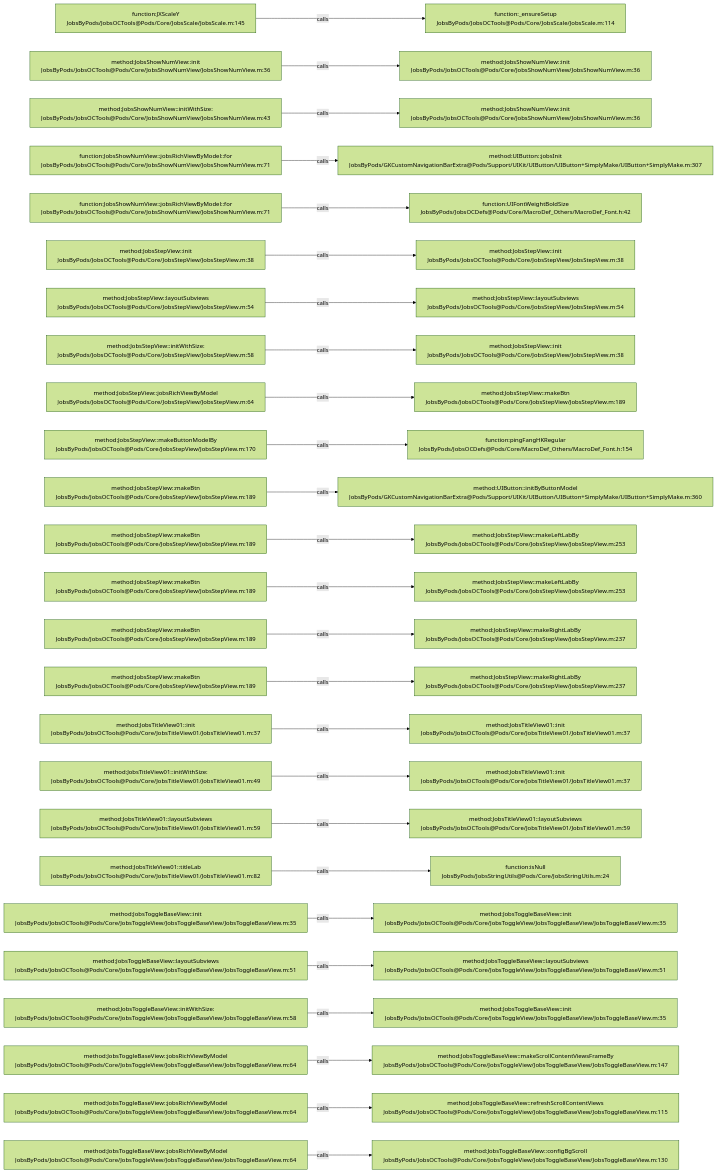
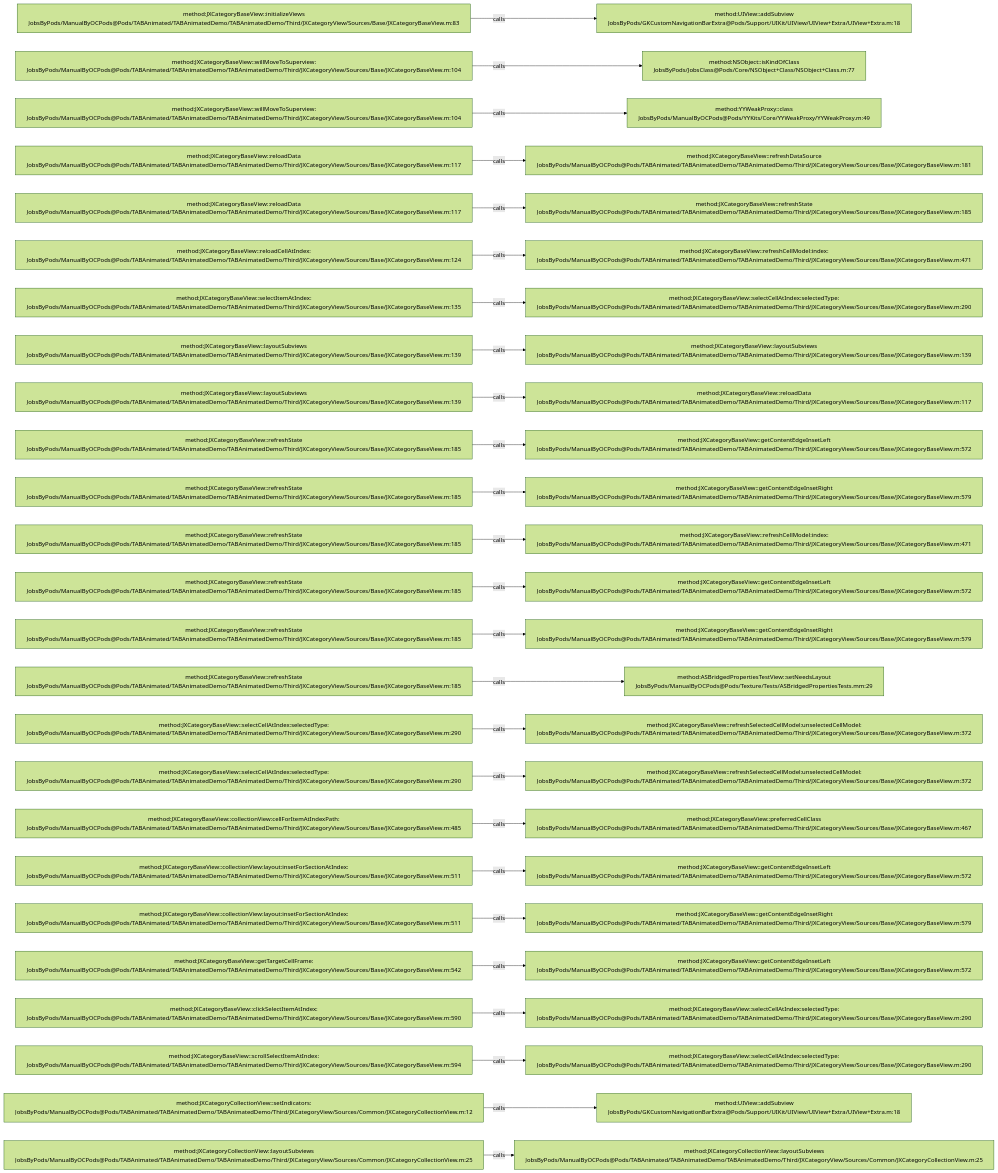
One commit to JobsKits/JobsOCBaseConfigDemo changed the diagram in .codegraph/codegraph.md/graphs/calls-147.md. Above: the diagram before and after it, drawn with Mermaid (forest theme). The commit also changed 573 other files, not shown here.

````diff
--- a/.codegraph/codegraph.md/graphs/calls-147.md
+++ b/.codegraph/codegraph.md/graphs/calls-147.md
@@ -13,78 +13,78 @@
 ```mermaid
 flowchart LR
-  S1["function:JXScaleY<br/>JobsByPods/JobsOCTools@Pods/Core/JobsScale/JobsScale.m:145"]
-  T1["function:_ensureSetup<br/>JobsByPods/JobsOCTools@Pods/Core/JobsScale/JobsScale.m:114"]
+  S1["method:JXCategoryBaseView::initializeViews<br/>JobsByPods/ManualByOCPods@Pods/TABAnimated/TABAnimatedDemo/TABAnimatedDemo/Third/JXCategoryView/Sources/Base/JXCategoryBaseView.m:83"]
+  T1["method:UIView::addSubview<br/>JobsByPods/GKCustomNavigationBarExtra@Pods/Support/UIKit/UIView/UIView+Extra/UIView+Extra.m:18"]
   S1 -->|calls| T1
-  S2["method:JobsShowNumView::init<br/>JobsByPods/JobsOCTools@Pods/Core/JobsShowNumView/JobsShowNumView.m:36"]
-  T2["method:JobsShowNumView::init<br/>JobsByPods/JobsOCTools@Pods/Core/JobsShowNumView/JobsShowNumView.m:36"]
+  S2["method:JXCategoryBaseView::willMoveToSuperview:<br/>JobsByPods/ManualByOCPods@Pods/TABAnimated/TABAnimatedDemo/TABAnimatedDemo/Third/JXCategoryView/Sources/Base/JXCategoryBaseView.m:104"]
+  T2["method:NSObject::isKindOfClass<br/>JobsByPods/JobsClass@Pods/Core/NSObject+Class/NSObject+Class.m:77"]
   S2 -->|calls| T2
-  S3["method:JobsShowNumView::initWithSize:<br/>JobsByPods/JobsOCTools@Pods/Core/JobsShowNumView/JobsShowNumView.m:43"]
-  T3["method:JobsShowNumView::init<br/>JobsByPods/JobsOCTools@Pods/Core/JobsShowNumView/JobsShowNumView.m:36"]
+  S3["method:JXCategoryBaseView::willMoveToSuperview:<br/>JobsByPods/ManualByOCPods@Pods/TABAnimated/TABAnimatedDemo/TABAnimatedDemo/Third/JXCategoryView/Sources/Base/JXCategoryBaseView.m:104"]
+  T3["method:YYWeakProxy::class<br/>JobsByPods/ManualByOCPods@Pods/YYKits/Core/YYWeakProxy/YYWeakProxy.m:49"]
   S3 -->|calls| T3
-  S4["function:JobsShowNumView::jobsRichViewByModel::for<br/>JobsByPods/JobsOCTools@Pods/Core/JobsShowNumView/JobsShowNumView.m:71"]
-  T4["method:UIButton::jobsInit<br/>JobsByPods/GKCustomNavigationBarExtra@Pods/Support/UIKit/UIButton/UIButton+SimplyMake/UIButton+SimplyMake.m:307"]
+  S4["method:JXCategoryBaseView::reloadData<br/>JobsByPods/ManualByOCPods@Pods/TABAnimated/TABAnimatedDemo/TABAnimatedDemo/Third/JXCategoryView/Sources/Base/JXCategoryBaseView.m:117"]
+  T4["method:JXCategoryBaseView::refreshDataSource<br/>JobsByPods/ManualByOCPods@Pods/TABAnimated/TABAnimatedDemo/TABAnimatedDemo/Third/JXCategoryView/Sources/Base/JXCategoryBaseView.m:181"]
   S4 -->|calls| T4
-  S5["function:JobsShowNumView::jobsRichViewByModel::for<br/>JobsByPods/JobsOCTools@Pods/Core/JobsShowNumView/JobsShowNumView.m:71"]
-  T5["function:UIFontWeightBoldSize<br/>JobsByPods/JobsOCDefs@Pods/Core/MacroDef_Others/MacroDef_Font.h:42"]
+  S5["method:JXCategoryBaseView::reloadData<br/>JobsByPods/ManualByOCPods@Pods/TABAnimated/TABAnimatedDemo/TABAnimatedDemo/Third/JXCategoryView/Sources/Base/JXCategoryBaseView.m:117"]
+  T5["method:JXCategoryBaseView::refreshState<br/>JobsByPods/ManualByOCPods@Pods/TABAnimated/TABAnimatedDemo/TABAnimatedDemo/Third/JXCategoryView/Sources/Base/JXCategoryBaseView.m:185"]
   S5 -->|calls| T5
-  S6["method:JobsStepView::init<br/>JobsByPods/JobsOCTools@Pods/Core/JobsStepView/JobsStepView.m:38"]
-  T6["method:JobsStepView::init<br/>JobsByPods/JobsOCTools@Pods/Core/JobsStepView/JobsStepView.m:38"]
+  S6["method:JXCategoryBaseView::reloadCellAtIndex:<br/>JobsByPods/ManualByOCPods@Pods/TABAnimated/TABAnimatedDemo/TABAnimatedDemo/Third/JXCategoryView/Sources/Base/JXCategoryBaseView.m:124"]
+  T6["method:JXCategoryBaseView::refreshCellModel:index:<br/>JobsByPods/ManualByOCPods@Pods/TABAnimated/TABAnimatedDemo/TABAnimatedDemo/Third/JXCategoryView/Sources/Base/JXCategoryBaseView.m:471"]
   S6 -->|calls| T6
-  S7["method:JobsStepView::layoutSubviews<br/>JobsByPods/JobsOCTools@Pods/Core/JobsStepView/JobsStepView.m:54"]
-  T7["method:JobsStepView::layoutSubviews<br/>JobsByPods/JobsOCTools@Pods/Core/JobsStepView/JobsStepView.m:54"]
+  S7["method:JXCategoryBaseView::selectItemAtIndex:<br/>JobsByPods/ManualByOCPods@Pods/TABAnimated/TABAnimatedDemo/TABAnimatedDemo/Third/JXCategoryView/Sources/Base/JXCategoryBaseView.m:135"]
+  T7["method:JXCategoryBaseView::selectCellAtIndex:selectedType:<br/>JobsByPods/ManualByOCPods@Pods/TABAnimated/TABAnimatedDemo/TABAnimatedDemo/Third/JXCategoryView/Sources/Base/JXCategoryBaseView.m:290"]
   S7 -->|calls| T7
-  S8["method:JobsStepView::initWithSize:<br/>JobsByPods/JobsOCTools@Pods/Core/JobsStepView/JobsStepView.m:58"]
-  T8["method:JobsStepView::init<br/>JobsByPods/JobsOCTools@Pods/Core/JobsStepView/JobsStepView.m:38"]
+  S8["method:JXCategoryBaseView::layoutSubviews<br/>JobsByPods/ManualByOCPods@Pods/TABAnimated/TABAnimatedDemo/TABAnimatedDemo/Third/JXCategoryView/Sources/Base/JXCategoryBaseView.m:139"]
+  T8["method:JXCategoryBaseView::layoutSubviews<br/>JobsByPods/ManualByOCPods@Pods/TABAnimated/TABAnimatedDemo/TABAnimatedDemo/Third/JXCategoryView/Sources/Base/JXCategoryBaseView.m:139"]
   S8 -->|calls| T8
-  S9["method:JobsStepView::jobsRichViewByModel<br/>JobsByPods/JobsOCTools@Pods/Core/JobsStepView/JobsStepView.m:64"]
-  T9["method:JobsStepView::makeBtn<br/>JobsByPods/JobsOCTools@Pods/Core/JobsStepView/JobsStepView.m:189"]
+  S9["method:JXCategoryBaseView::layoutSubviews<br/>JobsByPods/ManualByOCPods@Pods/TABAnimated/TABAnimatedDemo/TABAnimatedDemo/Third/JXCategoryView/Sources/Base/JXCategoryBaseView.m:139"]
+  T9["method:JXCategoryBaseView::reloadData<br/>JobsByPods/ManualByOCPods@Pods/TABAnimated/TABAnimatedDemo/TABAnimatedDemo/Third/JXCategoryView/Sources/Base/JXCategoryBaseView.m:117"]
   S9 -->|calls| T9
-  S10["method:JobsStepView::makeButtonModelBy<br/>JobsByPods/JobsOCTools@Pods/Core/JobsStepView/JobsStepView.m:170"]
-  T10["function:pingFangHKRegular<br/>JobsByPods/JobsOCDefs@Pods/Core/MacroDef_Others/MacroDef_Font.h:154"]
+  S10["method:JXCategoryBaseView::refreshState<br/>JobsByPods/ManualByOCPods@Pods/TABAnimated/TABAnimatedDemo/TABAnimatedDemo/Third/JXCategoryView/Sources/Base/JXCategoryBaseView.m:185"]
+  T10["method:JXCategoryBaseView::getContentEdgeInsetLeft<br/>JobsByPods/ManualByOCPods@Pods/TABAnimated/TABAnimatedDemo/TABAnimatedDemo/Third/JXCategoryView/Sources/Base/JXCategoryBaseView.m:572"]
   S10 -->|calls| T10
-  S11["method:JobsStepView::makeBtn<br/>JobsByPods/JobsOCTools@Pods/Core/JobsStepView/JobsStepView.m:189"]
-  T11["method:UIButton::initByButtonModel<br/>JobsByPods/GKCustomNavigationBarExtra@Pods/Support/UIKit/UIButton/UIButton+SimplyMake/UIButton+SimplyMake.m:360"]
+  S11["method:JXCategoryBaseView::refreshState<br/>JobsByPods/ManualByOCPods@Pods/TABAnimated/TABAnimatedDemo/TABAnimatedDemo/Third/JXCategoryView/Sources/Base/JXCategoryBaseView.m:185"]
+  T11["method:JXCategoryBaseView::getContentEdgeInsetRight<br/>JobsByPods/ManualByOCPods@Pods/TABAnimated/TABAnimatedDemo/TABAnimatedDemo/Third/JXCategoryView/Sources/Base/JXCategoryBaseView.m:579"]
   S11 -->|calls| T11
-  S12["method:JobsStepView::makeBtn<br/>JobsByPods/JobsOCTools@Pods/Core/JobsStepView/JobsStepView.m:189"]
-  T12["method:JobsStepView::makeLeftLabBy<br/>JobsByPods/JobsOCTools@Pods/Core/JobsStepView/JobsStepView.m:253"]
+  S12["method:JXCategoryBaseView::refreshState<br/>JobsByPods/ManualByOCPods@Pods/TABAnimated/TABAnimatedDemo/TABAnimatedDemo/Third/JXCategoryView/Sources/Base/JXCategoryBaseView.m:185"]
+  T12["method:JXCategoryBaseView::refreshCellModel:index:<br/>JobsByPods/ManualByOCPods@Pods/TABAnimated/TABAnimatedDemo/TABAnimatedDemo/Third/JXCategoryView/Sources/Base/JXCategoryBaseView.m:471"]
   S12 -->|calls| T12
-  S13["method:JobsStepView::makeBtn<br/>JobsByPods/JobsOCTools@Pods/Core/JobsStepView/JobsStepView.m:189"]
-  T13["method:JobsStepView::makeLeftLabBy<br/>JobsByPods/JobsOCTools@Pods/Core/JobsStepView/JobsStepView.m:253"]
+  S13["method:JXCategoryBaseView::refreshState<br/>JobsByPods/ManualByOCPods@Pods/TABAnimated/TABAnimatedDemo/TABAnimatedDemo/Third/JXCategoryView/Sources/Base/JXCategoryBaseView.m:185"]
+  T13["method:JXCategoryBaseView::getContentEdgeInsetLeft<br/>JobsByPods/ManualByOCPods@Pods/TABAnimated/TABAnimatedDemo/TABAnimatedDemo/Third/JXCategoryView/Sources/Base/JXCategoryBaseView.m:572"]
   S13 -->|calls| T13
-  S14["method:JobsStepView::makeBtn<br/>JobsByPods/JobsOCTools@Pods/Core/JobsStepView/JobsStepView.m:189"]
-  T14["method:JobsStepView::makeRightLabBy<br/>JobsByPods/JobsOCTools@Pods/Core/JobsStepView/JobsStepView.m:237"]
+  S14["method:JXCategoryBaseView::refreshState<br/>JobsByPods/ManualByOCPods@Pods/TABAnimated/TABAnimatedDemo/TABAnimatedDemo/Third/JXCategoryView/Sources/Base/JXCategoryBaseView.m:185"]
+  T14["method:JXCategoryBaseView::getContentEdgeInsetRight<br/>JobsByPods/ManualByOCPods@Pods/TABAnimated/TABAnimatedDemo/TABAnimatedDemo/Third/JXCategoryView/Sources/Base/JXCategoryBaseView.m:579"]
   S14 -->|calls| T14
-  S15["method:JobsStepView::makeBtn<br/>JobsByPods/JobsOCTools@Pods/Core/JobsStepView/JobsStepView.m:189"]
-  T15["method:JobsStepView::makeRightLabBy<br/>JobsByPods/JobsOCTools@Pods/Core/JobsStepView/JobsStepView.m:237"]
+  S15["method:JXCategoryBaseView::refreshState<br/>JobsByPods/ManualByOCPods@Pods/TABAnimated/TABAnimatedDemo/TABAnimatedDemo/Third/JXCategoryView/Sources/Base/JXCategoryBaseView.m:185"]
+  T15["method:ASBridgedPropertiesTestView::setNeedsLayout<br/>JobsByPods/ManualByOCPods@Pods/Texture/Tests/ASBridgedPropertiesTests.mm:29"]
   S15 -->|calls| T15
-  S16["method:JobsTitleView01::init<br/>JobsByPods/JobsOCTools@Pods/Core/JobsTitleView01/JobsTitleView01.m:37"]
-  T16["method:JobsTitleView01::init<br/>JobsByPods/JobsOCTools@Pods/Core/JobsTitleView01/JobsTitleView01.m:37"]
+  S16["method:JXCategoryBaseView::selectCellAtIndex:selectedType:<br/>JobsByPods/ManualByOCPods@Pods/TABAnimated/TABAnimatedDemo/TABAnimatedDemo/Third/JXCategoryView/Sources/Base/JXCategoryBaseView.m:290"]
+  T16["method:JXCategoryBaseView::refreshSelectedCellModel:unselectedCellModel:<br/>JobsByPods/ManualByOCPods@Pods/TABAnimated/TABAnimatedDemo/TABAnimatedDemo/Third/JXCategoryView/Sources/Base/JXCategoryBaseView.m:372"]
   S16 -->|calls| T16
-  S17["method:JobsTitleView01::initWithSize:<br/>JobsByPods/JobsOCTools@Pods/Core/JobsTitleView01/JobsTitleView01.m:49"]
-  T17["method:JobsTitleView01::init<br/>JobsByPods/JobsOCTools@Pods/Core/JobsTitleView01/JobsTitleView01.m:37"]
+  S17["method:JXCategoryBaseView::selectCellAtIndex:selectedType:<br/>JobsByPods/ManualByOCPods@Pods/TABAnimated/TABAnimatedDemo/TABAnimatedDemo/Third/JXCategoryView/Sources/Base/JXCategoryBaseView.m:290"]
+  T17["method:JXCategoryBaseView::refreshSelectedCellModel:unselectedCellModel:<br/>JobsByPods/ManualByOCPods@Pods/TABAnimated/TABAnimatedDemo/TABAnimatedDemo/Third/JXCategoryView/Sources/Base/JXCategoryBaseView.m:372"]
   S17 -->|calls| T17
-  S18["method:JobsTitleView01::layoutSubviews<br/>JobsByPods/JobsOCTools@Pods/Core/JobsTitleView01/JobsTitleView01.m:59"]
-  T18["method:JobsTitleView01::layoutSubviews<br/>JobsByPods/JobsOCTools@Pods/Core/JobsTitleView01/JobsTitleView01.m:59"]
+  S18["method:JXCategoryBaseView::collectionView:cellForItemAtIndexPath:<br/>JobsByPods/ManualByOCPods@Pods/TABAnimated/TABAnimatedDemo/TABAnimatedDemo/Third/JXCategoryView/Sources/Base/JXCategoryBaseView.m:485"]
+  T18["method:JXCategoryBaseView::preferredCellClass<br/>JobsByPods/ManualByOCPods@Pods/TABAnimated/TABAnimatedDemo/TABAnimatedDemo/Third/JXCategoryView/Sources/Base/JXCategoryBaseView.m:467"]
   S18 -->|calls| T18
-  S19["method:JobsTitleView01::titleLab<br/>JobsByPods/JobsOCTools@Pods/Core/JobsTitleView01/JobsTitleView01.m:82"]
-  T19["function:isNull<br/>JobsByPods/JobsStringUtils@Pods/Core/JobsStringUtils.m:24"]
+  S19["method:JXCategoryBaseView::collectionView:layout:insetForSectionAtIndex:<br/>JobsByPods/ManualByOCPods@Pods/TABAnimated/TABAnimatedDemo/TABAnimatedDemo/Third/JXCategoryView/Sources/Base/JXCategoryBaseView.m:511"]
+  T19["method:JXCategoryBaseView::getContentEdgeInsetLeft<br/>JobsByPods/ManualByOCPods@Pods/TABAnimated/TABAnimatedDemo/TABAnimatedDemo/Third/JXCategoryView/Sources/Base/JXCategoryBaseView.m:572"]
   S19 -->|calls| T19
-  S20["method:JobsToggleBaseView::init<br/>JobsByPods/JobsOCTools@Pods/Core/JobsToggleView/JobsToggleBaseView/JobsToggleBaseView.m:35"]
-  T20["method:JobsToggleBaseView::init<br/>JobsByPods/JobsOCTools@Pods/Core/JobsToggleView/JobsToggleBaseView/JobsToggleBaseView.m:35"]
+  S20["method:JXCategoryBaseView::collectionView:layout:insetForSectionAtIndex:<br/>JobsByPods/ManualByOCPods@Pods/TABAnimated/TABAnimatedDemo/TABAnimatedDemo/Third/JXCategoryView/Sources/Base/JXCategoryBaseView.m:511"]
+  T20["method:JXCategoryBaseView::getContentEdgeInsetRight<br/>JobsByPods/ManualByOCPods@Pods/TABAnimated/TABAnimatedDemo/TABAnimatedDemo/Third/JXCategoryView/Sources/Base/JXCategoryBaseView.m:579"]
   S20 -->|calls| T20
-  S21["method:JobsToggleBaseView::layoutSubviews<br/>JobsByPods/JobsOCTools@Pods/Core/JobsToggleView/JobsToggleBaseView/JobsToggleBaseView.m:51"]
-  T21["method:JobsToggleBaseView::layoutSubviews<br/>JobsByPods/JobsOCTools@Pods/Core/JobsToggleView/JobsToggleBaseView/JobsToggleBaseView.m:51"]
+  S21["method:JXCategoryBaseView::getTargetCellFrame:<br/>JobsByPods/ManualByOCPods@Pods/TABAnimated/TABAnimatedDemo/TABAnimatedDemo/Third/JXCategoryView/Sources/Base/JXCategoryBaseView.m:542"]
+  T21["method:JXCategoryBaseView::getContentEdgeInsetLeft<br/>JobsByPods/ManualByOCPods@Pods/TABAnimated/TABAnimatedDemo/TABAnimatedDemo/Third/JXCategoryView/Sources/Base/JXCategoryBaseView.m:572"]
   S21 -->|calls| T21
-  S22["method:JobsToggleBaseView::initWithSize:<br/>JobsByPods/JobsOCTools@Pods/Core/JobsToggleView/JobsToggleBaseView/JobsToggleBaseView.m:58"]
-  T22["method:JobsToggleBaseView::init<br/>JobsByPods/JobsOCTools@Pods/Core/JobsToggleView/JobsToggleBaseView/JobsToggleBaseView.m:35"]
+  S22["method:JXCategoryBaseView::clickSelectItemAtIndex:<br/>JobsByPods/ManualByOCPods@Pods/TABAnimated/TABAnimatedDemo/TABAnimatedDemo/Third/JXCategoryView/Sources/Base/JXCategoryBaseView.m:590"]
+  T22["method:JXCategoryBaseView::selectCellAtIndex:selectedType:<br/>JobsByPods/ManualByOCPods@Pods/TABAnimated/TABAnimatedDemo/TABAnimatedDemo/Third/JXCategoryView/Sources/Base/JXCategoryBaseView.m:290"]
   S22 -->|calls| T22
-  S23["method:JobsToggleBaseView::jobsRichViewByModel<br/>JobsByPods/JobsOCTools@Pods/Core/JobsToggleView/JobsToggleBaseView/JobsToggleBaseView.m:64"]
-  T23["method:JobsToggleBaseView::makeScrollContentViewsFrameBy<br/>JobsByPods/JobsOCTools@Pods/Core/JobsToggleView/JobsToggleBaseView/JobsToggleBaseView.m:147"]
+  S23["method:JXCategoryBaseView::scrollSelectItemAtIndex:<br/>JobsByPods/ManualByOCPods@Pods/TABAnimated/TABAnimatedDemo/TABAnimatedDemo/Third/JXCategoryView/Sources/Base/JXCategoryBaseView.m:594"]
+  T23["method:JXCategoryBaseView::selectCellAtIndex:selectedType:<br/>JobsByPods/ManualByOCPods@Pods/TABAnimated/TABAnimatedDemo/TABAnimatedDemo/Third/JXCategoryView/Sources/Base/JXCategoryBaseView.m:290"]
   S23 -->|calls| T23
-  S24["method:JobsToggleBaseView::jobsRichViewByModel<br/>JobsByPods/JobsOCTools@Pods/Core/JobsToggleView/JobsToggleBaseView/JobsToggleBaseView.m:64"]
-  T24["method:JobsToggleBaseView::refreshScrollContentViews<br/>JobsByPods/JobsOCTools@Pods/Core/JobsToggleView/JobsToggleBaseView/JobsToggleBaseView.m:115"]
+  S24["method:JXCategoryCollectionView::setIndicators:<br/>JobsByPods/ManualByOCPods@Pods/TABAnimated/TABAnimatedDemo/TABAnimatedDemo/Third/JXCategoryView/Sources/Common/JXCategoryCollectionView.m:12"]
+  T24["method:UIView::addSubview<br/>JobsByPods/GKCustomNavigationBarExtra@Pods/Support/UIKit/UIView/UIView+Extra/UIView+Extra.m:18"]
   S24 -->|calls| T24
-  S25["method:JobsToggleBaseView::jobsRichViewByModel<br/>JobsByPods/JobsOCTools@Pods/Core/JobsToggleView/JobsToggleBaseView/JobsToggleBaseView.m:64"]
-  T25["method:JobsToggleBaseView::configBgScroll<br/>JobsByPods/JobsOCTools@Pods/Core/JobsToggleView/JobsToggleBaseView/JobsToggleBaseView.m:130"]
+  S25["method:JXCategoryCollectionView::layoutSubviews<br/>JobsByPods/ManualByOCPods@Pods/TABAnimated/TABAnimatedDemo/TABAnimatedDemo/Third/JXCategoryView/Sources/Common/JXCategoryCollectionView.m:25"]
+  T25["method:JXCategoryCollectionView::layoutSubviews<br/>JobsByPods/ManualByOCPods@Pods/TABAnimated/TABAnimatedDemo/TABAnimatedDemo/Third/JXCategoryView/Sources/Common/JXCategoryCollectionView.m:25"]
   S25 -->|calls| T25
 ```
````
